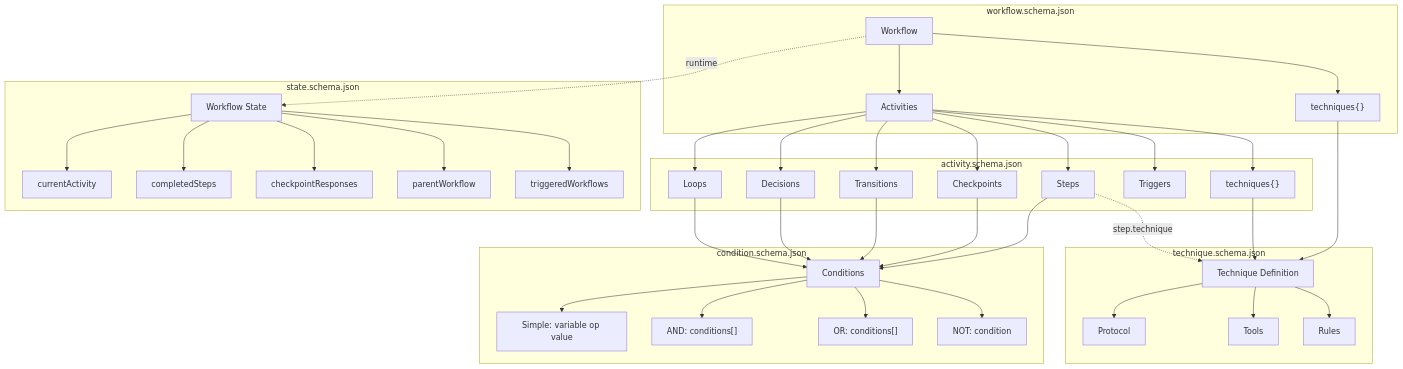
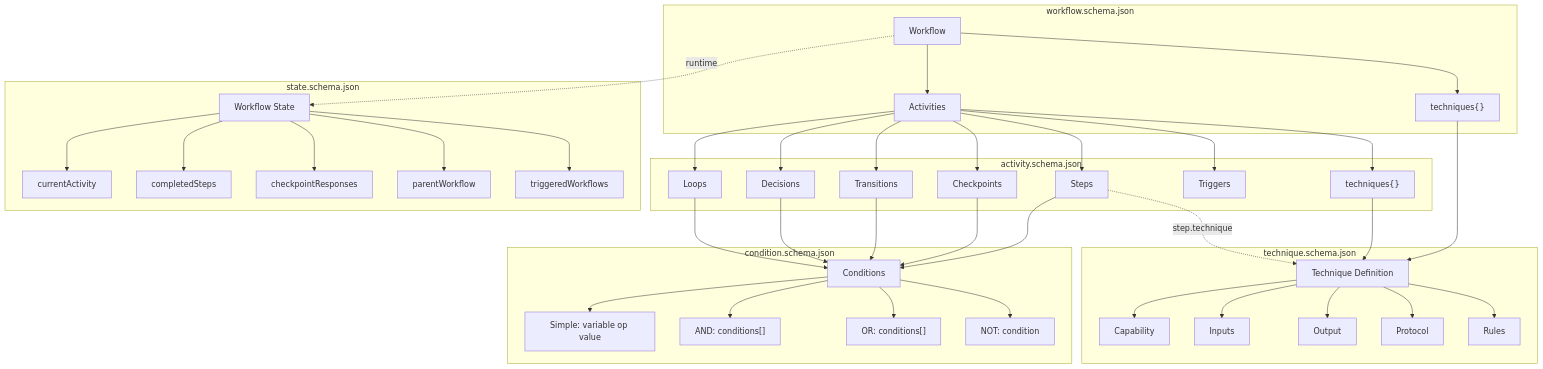
Before and after one commit to m2ux/workflow-server: the second of 3 diagrams in schemas/README.md, drawn with Mermaid. The commit also changed other lines of this file and 15 other files, not shown here.

First line of the commit message:
docs: align docs, schemas, and code comments with the technique model

````diff
--- a/schemas/README.md
+++ b/schemas/README.md
@@ -71,47 +71,49 @@
 ```mermaid
 flowchart TB
     subgraph Workflow["workflow.schema.json"]
         W[Workflow] --> A[Activities]
         W --> SK1["techniques{}"]
     end
     
     subgraph Activity["activity.schema.json"]
         A --> S[Steps]
         A --> C[Checkpoints]
         A --> D[Decisions]
         A --> L[Loops]
         A --> T[Transitions]
         A --> TR[Triggers]
         A --> SK2["techniques{}"]
     end
     
     subgraph Technique["technique.schema.json"]
         SK1 --> SKD[Technique Definition]
         SK2 --> SKD
         S -.->|"step.technique"| SKD
+        SKD --> Cap[Capability]
+        SKD --> In[Inputs]
+        SKD --> Out[Output]
         SKD --> Proto[Protocol]
-        SKD --> Tools[Tools]
         SKD --> Rules[Rules]
     end
     
     subgraph Condition["condition.schema.json"]
         S --> COND[Conditions]
         C --> COND
         T --> COND
         D --> COND
         L --> COND
         COND --> Simple["Simple: variable op value"]
         COND --> And["AND: conditions[]"]
         COND --> Or["OR: conditions[]"]
         COND --> Not["NOT: condition"]
     end
     
     subgraph State["state.schema.json"]
         W -.->|"runtime"| ST[Workflow State]
         ST --> CA[currentActivity]
         ST --> CS[completedSteps]
         ST --> CR[checkpointResponses]
         ST --> PW[parentWorkflow]
         ST --> TW[triggeredWorkflows]
     end
 ```
````
